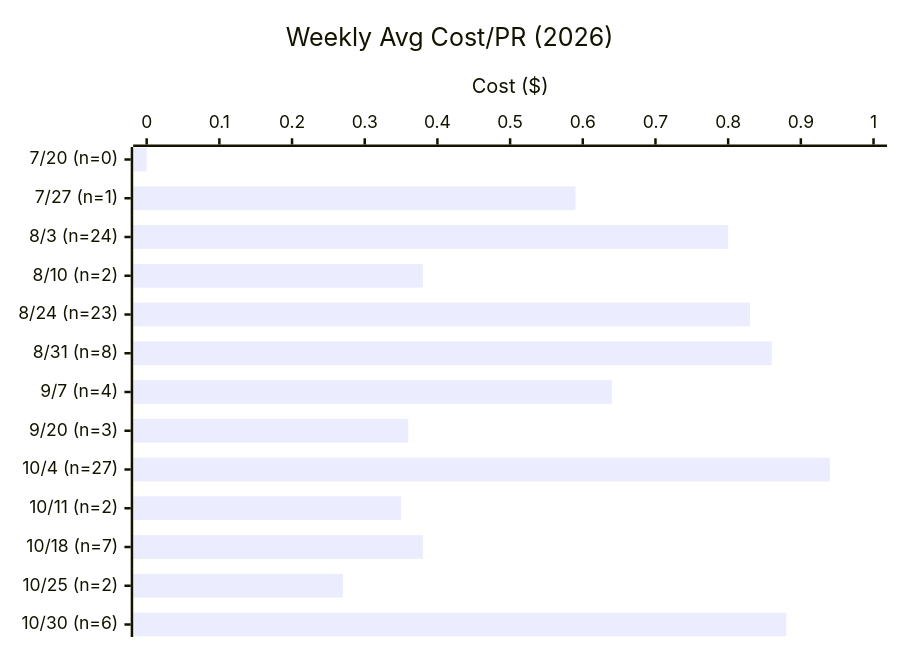
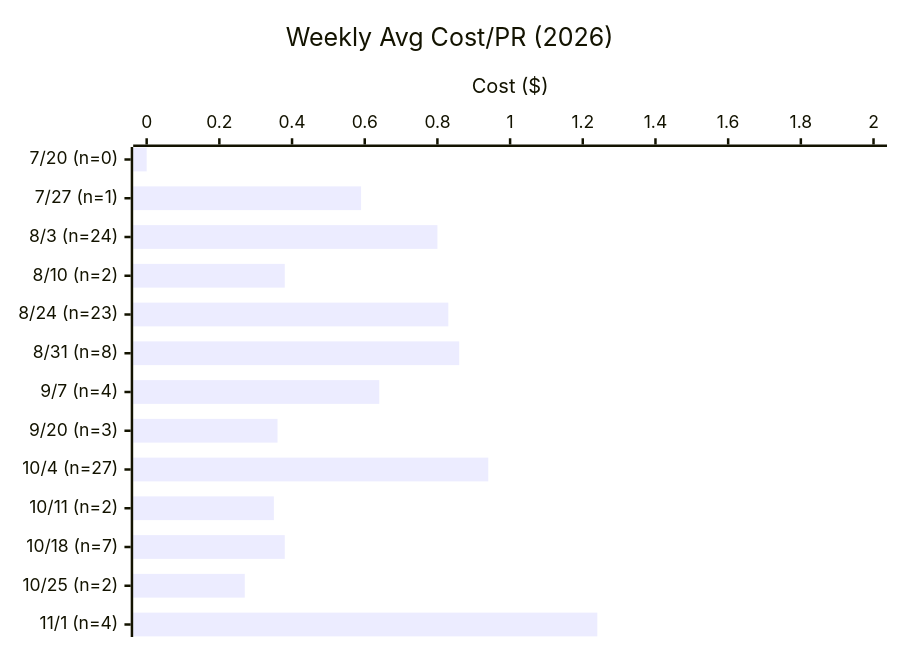
Before and after one commit to Sanctum-Origo-Systems/patina: the second of 3 diagrams in EVAL.md, drawn with Mermaid. The commit also changed other lines of this file and 1 other file, not shown here.

````diff
--- a/EVAL.md
+++ b/EVAL.md
@@ -112,7 +114,7 @@
 ```mermaid
 xychart-beta horizontal
     title "Weekly Avg Cost/PR (2026)"
-    x-axis ["7/20 (n=0)", "7/27 (n=1)", "8/3 (n=24)", "8/10 (n=2)", "8/24 (n=23)", "8/31 (n=8)", "9/7 (n=4)", "9/20 (n=3)", "10/4 (n=27)", "10/11 (n=2)", "10/18 (n=7)", "10/25 (n=2)", "10/30 (n=6)"]
-    y-axis "Cost ($)" 0 --> 1
-    bar [0.00, 0.59, 0.80, 0.38, 0.83, 0.86, 0.64, 0.36, 0.94, 0.35, 0.38, 0.27, 0.88]
+    x-axis ["7/20 (n=0)", "7/27 (n=1)", "8/3 (n=24)", "8/10 (n=2)", "8/24 (n=23)", "8/31 (n=8)", "9/7 (n=4)", "9/20 (n=3)", "10/4 (n=27)", "10/11 (n=2)", "10/18 (n=7)", "10/25 (n=2)", "11/1 (n=4)"]
+    y-axis "Cost ($)" 0 --> 2
+    bar [0.00, 0.59, 0.80, 0.38, 0.83, 0.86, 0.64, 0.36, 0.94, 0.35, 0.38, 0.27, 1.24]
 ```
````
